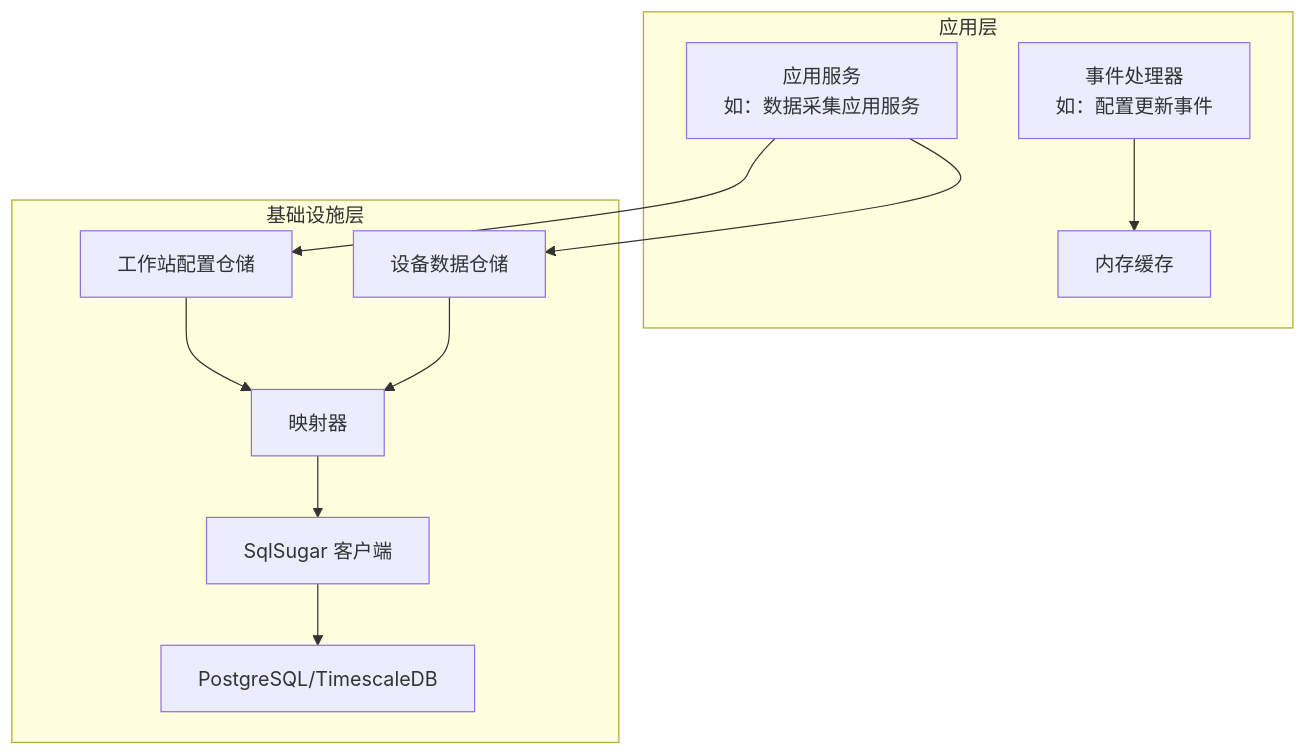
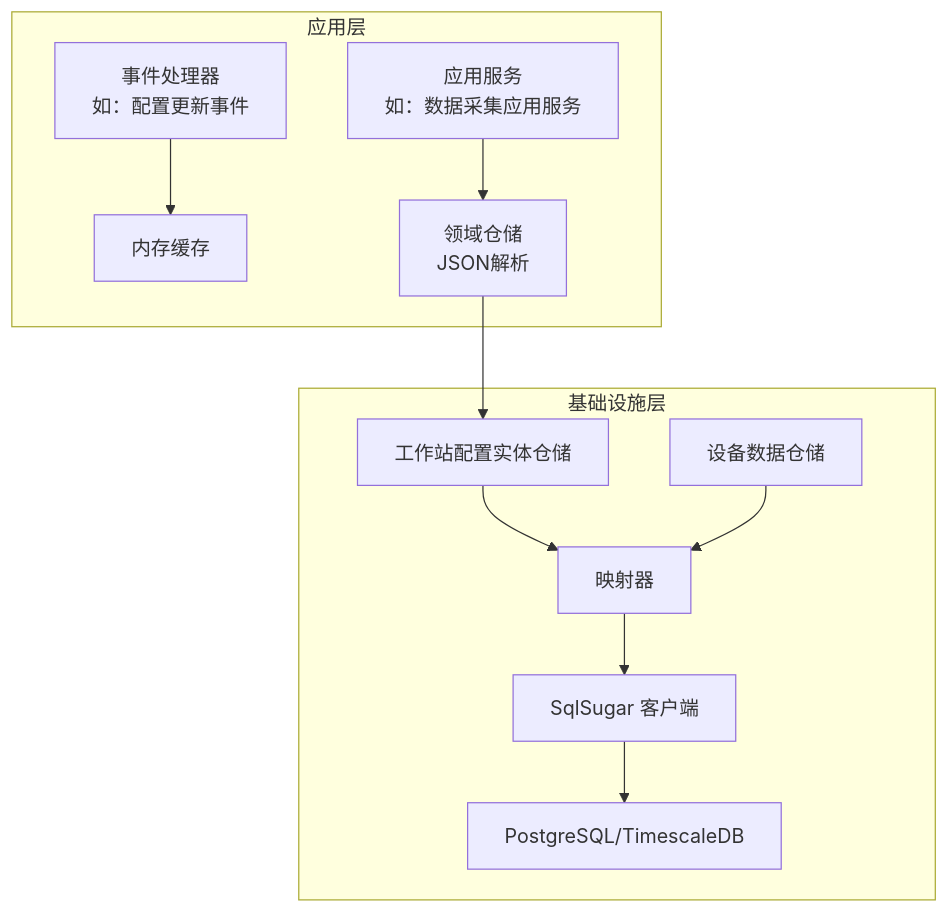
The first of 9 diagrams in .qoder/repowiki/zh/content/数据持久化/数据持久化.md (whitemousetl/IndustrialDataSolution), drawn with Mermaid before and after one commit. The commit also changed other lines of this file and 18 other files, not shown here.

````diff
--- a/.qoder/repowiki/zh/content/数据持久化/数据持久化.md
+++ b/.qoder/repowiki/zh/content/数据持久化/数据持久化.md
@@ -54,22 +60,23 @@
 ```mermaid
 graph TB
 subgraph "应用层"
 AppSvc["应用服务<br/>如：数据采集应用服务"]
 Events["事件处理器<br/>如：配置更新事件"]
 Cache["内存缓存"]
+EndRepo["领域仓储<br/>JSON解析"]
 end
 subgraph "基础设施层"
-RepoWS["工作站配置仓储"]
+RepoWS["工作站配置实体仓储"]
 RepoED["设备数据仓储"]
 Mapper["映射器"]
 DB["SqlSugar 客户端"]
 PG["PostgreSQL/TimescaleDB"]
 end
-AppSvc --> RepoWS
-AppSvc --> RepoED
+AppSvc --> EndRepo
+EndRepo --> RepoWS
 Events --> Cache
 RepoWS --> Mapper
 RepoED --> Mapper
 Mapper --> DB
 DB --> PG
 ```
````
